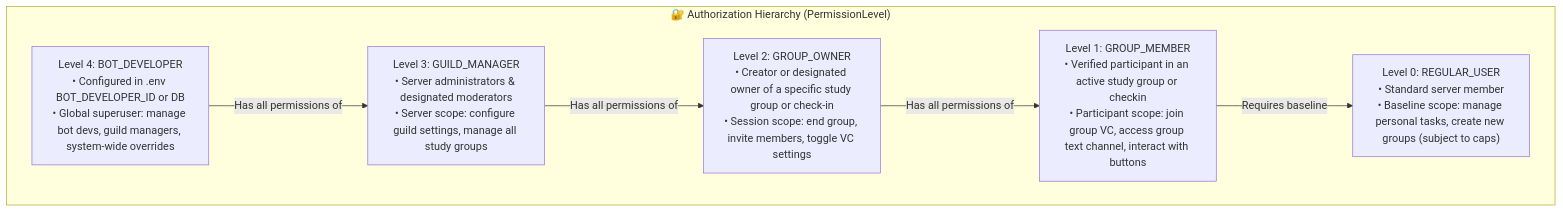
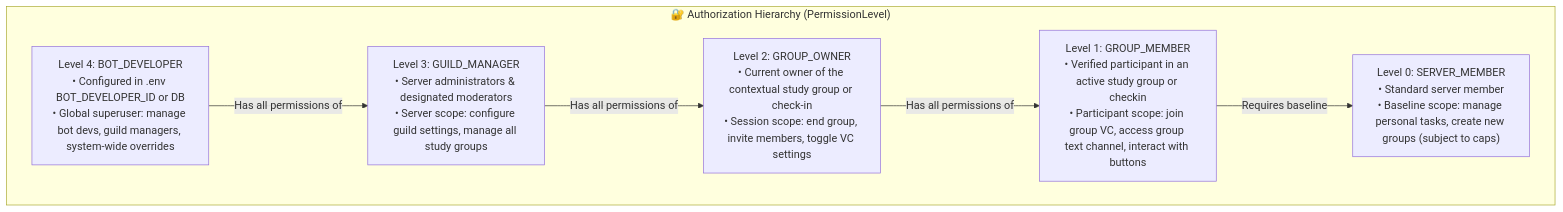
Before and after one commit to Vectorphy/crispy-octo-happiness: the sixth of 8 diagrams in ARCHITECTURE.md, drawn with Mermaid. The commit also changed other lines of this file and 27 other files, not shown here.

Commit message:
Complete consent flows, session lifetimes, and scoped staff access

````diff
--- a/ARCHITECTURE.md
+++ b/ARCHITECTURE.md
@@ -249,15 +265,15 @@
 ```mermaid
 graph TD
     subgraph Hierarchy ["🔐 Authorization Hierarchy (PermissionLevel)"]
         DEV["Level 4: BOT_DEVELOPER<br/>• Configured in .env BOT_DEVELOPER_ID or DB<br/>• Global superuser: manage bot devs, guild managers, system-wide overrides"]
         GM["Level 3: GUILD_MANAGER<br/>• Server administrators & designated moderators<br/>• Server scope: configure guild settings, manage all study groups"]
-        GO["Level 2: GROUP_OWNER<br/>• Creator or designated owner of a specific study group or check-in<br/>• Session scope: end group, invite members, toggle VC settings"]
+        GO["Level 2: GROUP_OWNER<br/>• Current owner of the contextual study group or check-in<br/>• Session scope: end group, invite members, toggle VC settings"]
         GMEM["Level 1: GROUP_MEMBER<br/>• Verified participant in an active study group or checkin<br/>• Participant scope: join group VC, access group text channel, interact with buttons"]
-        REG["Level 0: REGULAR_USER<br/>• Standard server member<br/>• Baseline scope: manage personal tasks, create new groups (subject to caps)"]
+        REG["Level 0: SERVER_MEMBER<br/>• Standard server member<br/>• Baseline scope: manage personal tasks, create new groups (subject to caps)"]
     end
 
     DEV -->|Has all permissions of| GM
     GM -->|Has all permissions of| GO
     GO -->|Has all permissions of| GMEM
     GMEM -->|Requires baseline| REG
 ```
````
